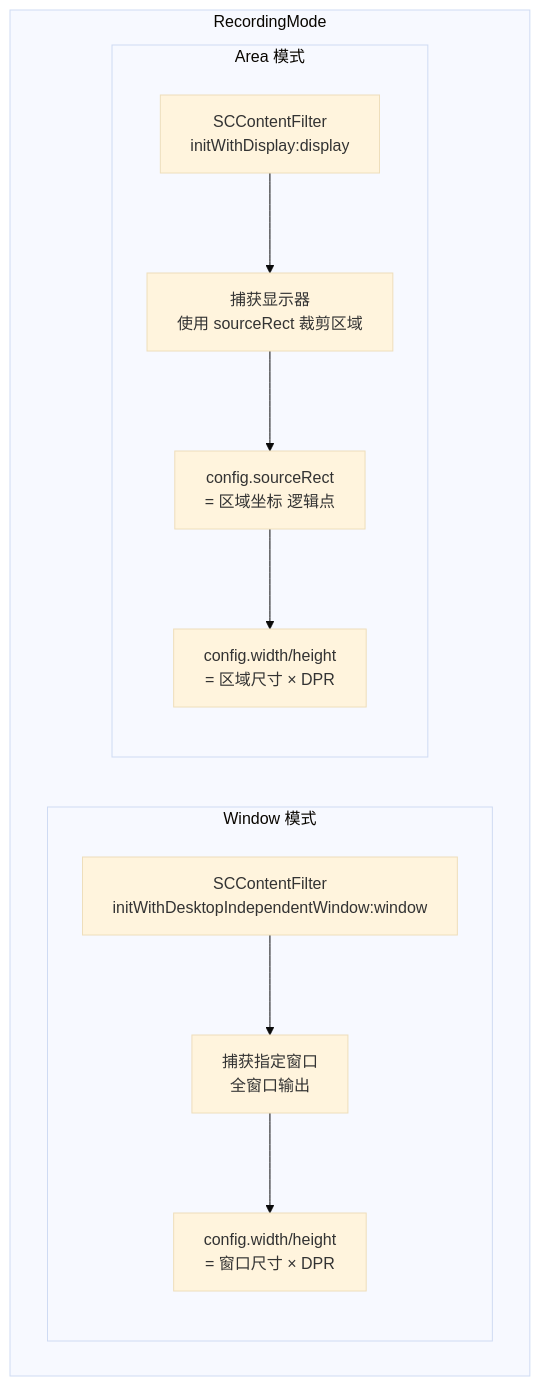
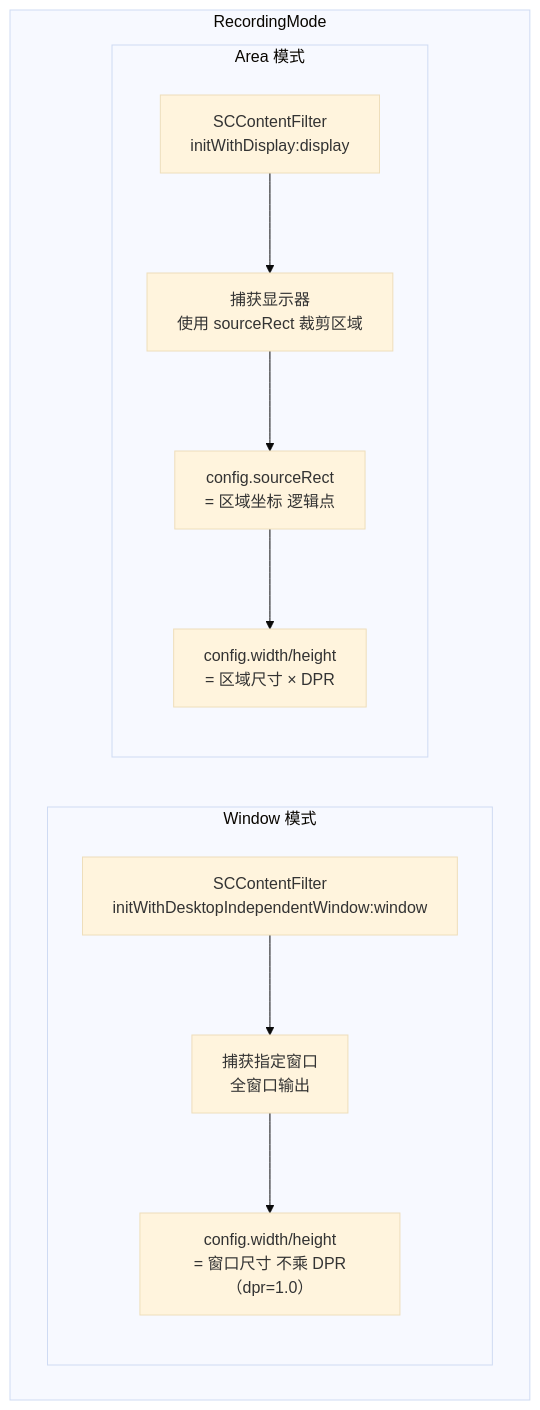
The second of 11 diagrams in docs/recording-macos.md (ChiangyangNPU/quick-shot), drawn with Mermaid (base theme) before and after one commit. The commit also changed other lines of this file and 3 other files, not shown here.

````diff
--- a/docs/recording-macos.md
+++ b/docs/recording-macos.md
@@ -80,19 +80,19 @@
 ```mermaid
 flowchart TD
     subgraph RM["RecordingMode"]
         direction LR
         subgraph WM["Window 模式"]
             W1["SCContentFilter<br/>initWithDesktopIndependentWindow:window"]
             W2["捕获指定窗口<br/>全窗口输出"]
-            W3["config.width/height<br/>= 窗口尺寸 × DPR"]
+            W3["config.width/height<br/>= 窗口尺寸 不乘 DPR（dpr=1.0）"]
             W1 --> W2 --> W3
         end
         subgraph AM["Area 模式"]
             A1["SCContentFilter<br/>initWithDisplay:display"]
             A2["捕获显示器<br/>使用 sourceRect 裁剪区域"]
             A3["config.sourceRect<br/>= 区域坐标 逻辑点"]
             A4["config.width/height<br/>= 区域尺寸 × DPR"]
             A1 --> A2 --> A3 --> A4
         end
     end
 ```
````
